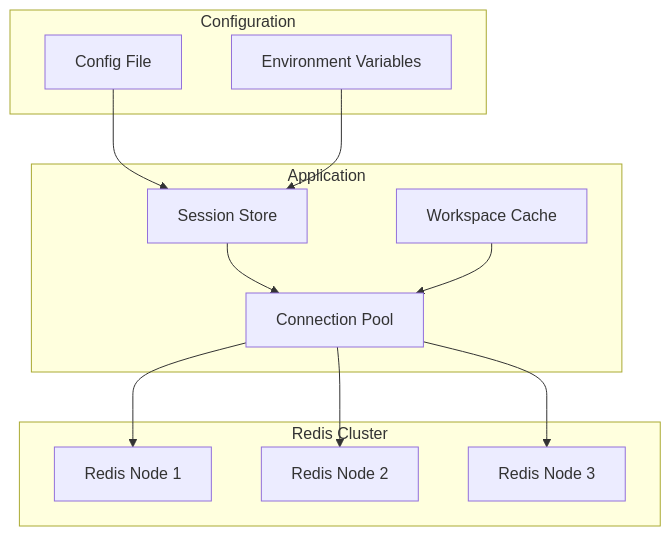
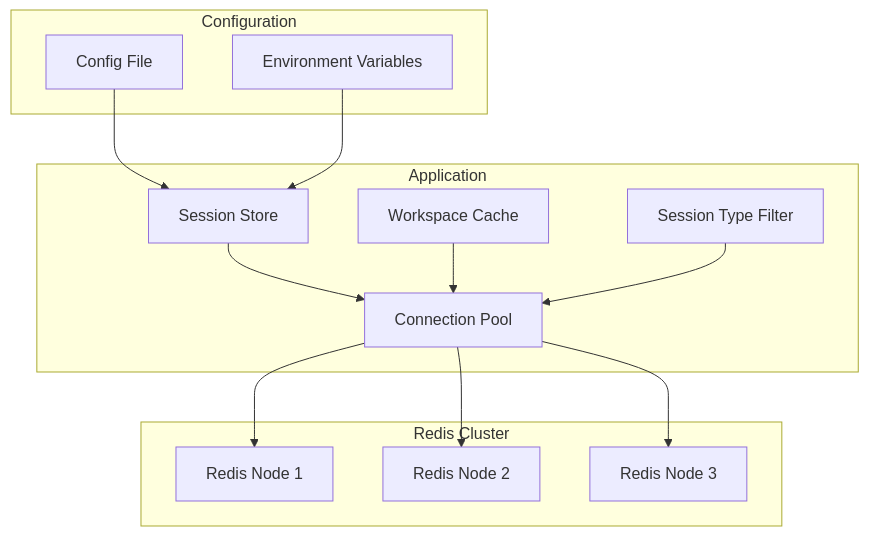
One commit to metasync/luban-aiops changed the tenth of 10 diagrams in .qoder/repowiki/en/content/API Reference/Agent Platform API/Session Management API.md. Above: the diagram before and after it, drawn with Mermaid. The commit also changed other lines of this file and 6 other files, not shown here.

````diff
--- a/.qoder/repowiki/en/content/API Reference/Agent Platform API/Session Management API.md
+++ b/.qoder/repowiki/en/content/API Reference/Agent Platform API/Session Management API.md
@@ -563,24 +635,26 @@
 ```mermaid
 graph TB
 subgraph "Redis Cluster"
 R1[Redis Node 1]
 R2[Redis Node 2]
 R3[Redis Node 3]
 end
 subgraph "Application"
 App[Session Store]
 Cache[Connection Pool]
 Workspace[Workspace Cache]
+TypeFilter[Session Type Filter]
 end
 subgraph "Configuration"
 Config[Config File]
 Env[Environment Variables]
 end
 Config --> App
 Env --> App
 App --> Cache
 Cache --> R1
 Cache --> R2
 Cache --> R3
 Workspace --> Cache
+TypeFilter --> Cache
 ```
````
